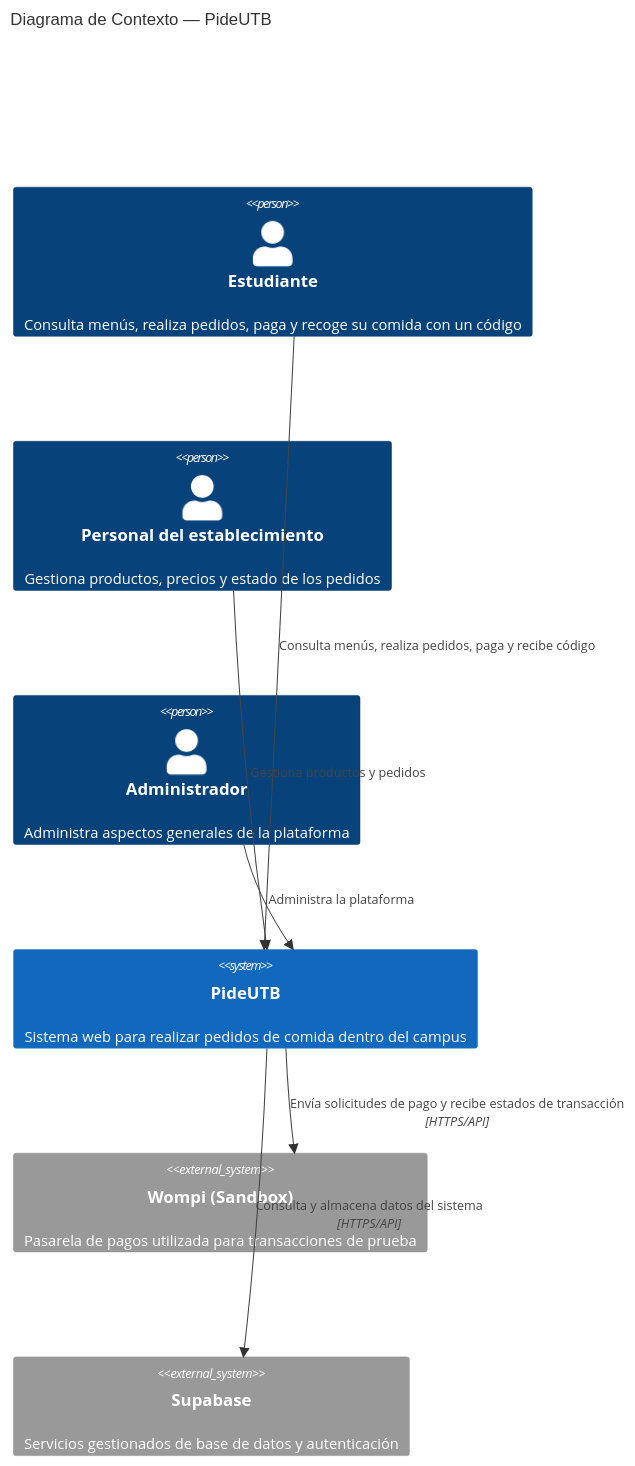
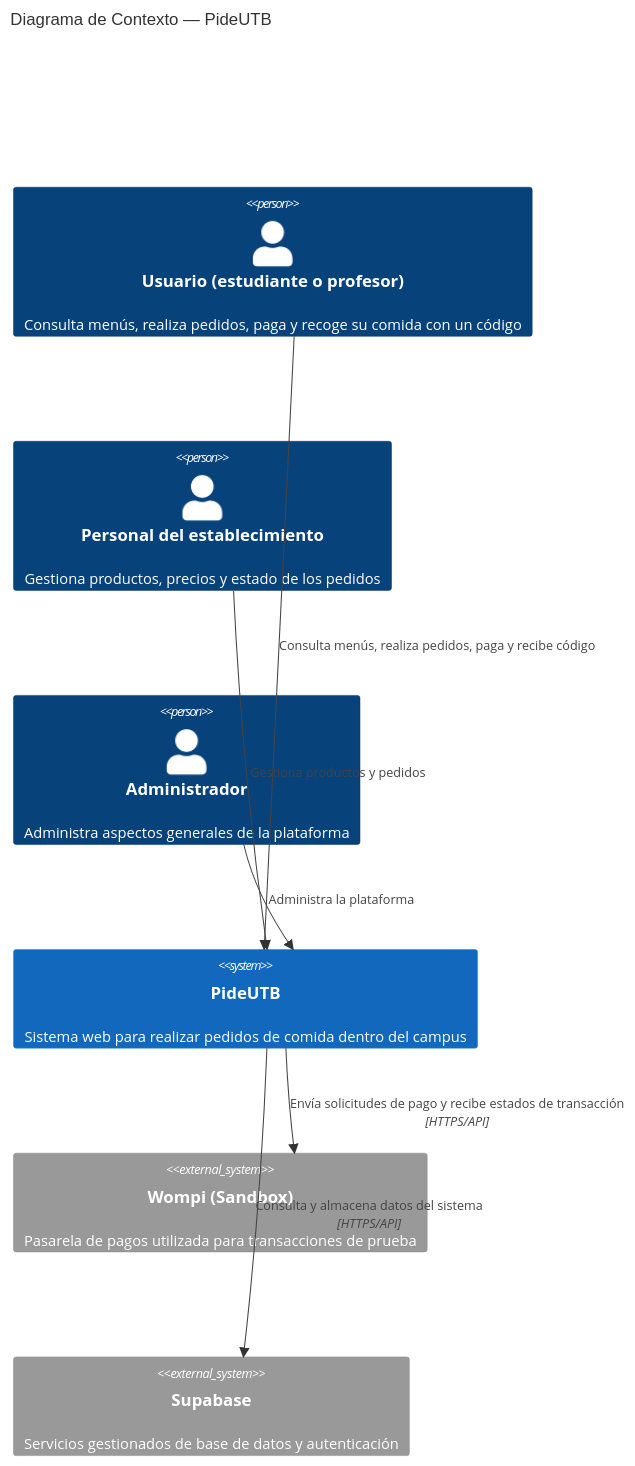
One commit to ISCOUTB/AS_202620_PideUtb changed the first of 4 diagrams in arc42.md. Above: the diagram before and after it, drawn with Mermaid. The commit also changed other lines of this file and 1630 other files, not shown here.

````diff
--- a/arc42.md
+++ b/arc42.md
@@ -222,19 +224,19 @@
 ``` mermaid
 C4Context
     title Diagrama de Contexto — PideUTB
 
-    Person(estudiante, "Estudiante", "Consulta menús, realiza pedidos, paga y recoge su comida con un código")
+    Person(usuario, "Usuario (estudiante o profesor)", "Consulta menús, realiza pedidos, paga y recoge su comida con un código")
     Person(establecimiento, "Personal del establecimiento", "Gestiona productos, precios y estado de los pedidos")
     Person(admin, "Administrador", "Administra aspectos generales de la plataforma")
 
     System(pideutb, "PideUTB", "Sistema web para realizar pedidos de comida dentro del campus")
 
     System_Ext(wompi, "Wompi (Sandbox)", "Pasarela de pagos utilizada para transacciones de prueba")
     System_Ext(supabase, "Supabase", "Servicios gestionados de base de datos y autenticación")
 
-    Rel(estudiante, pideutb, "Consulta menús, realiza pedidos, paga y recibe código")
+    Rel(usuario, pideutb, "Consulta menús, realiza pedidos, paga y recibe código")
     Rel(establecimiento, pideutb, "Gestiona productos y pedidos")
     Rel(admin, pideutb, "Administra la plataforma")
     Rel(pideutb, wompi, "Envía solicitudes de pago y recibe estados de transacción", "HTTPS/API")
     Rel(pideutb, supabase, "Consulta y almacena datos del sistema", "HTTPS/API")
 ```
````
